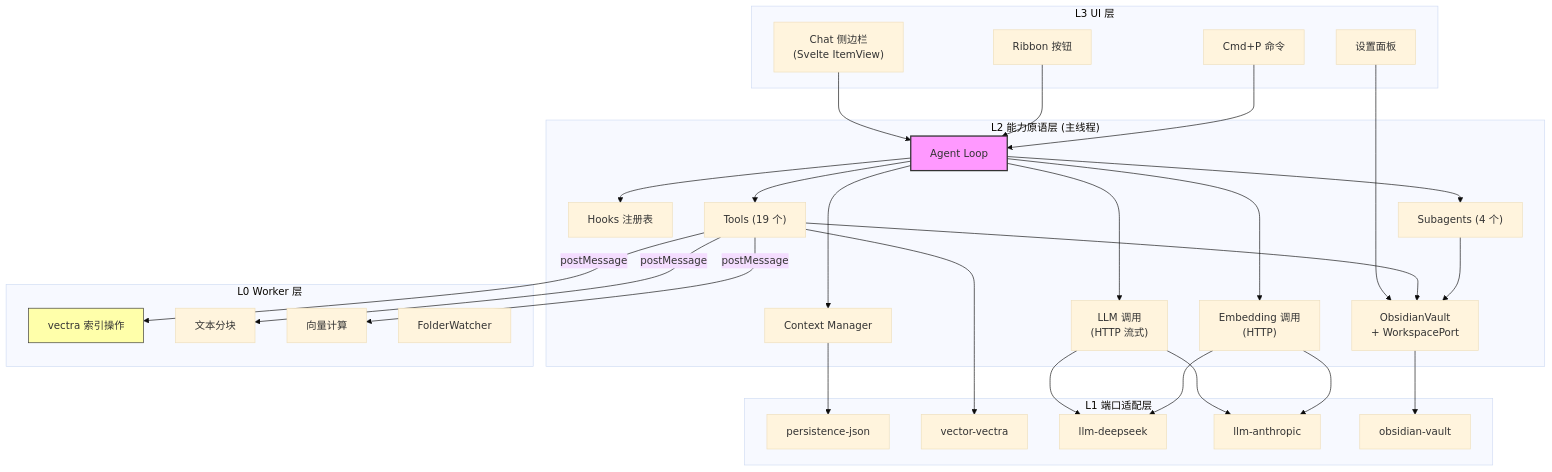
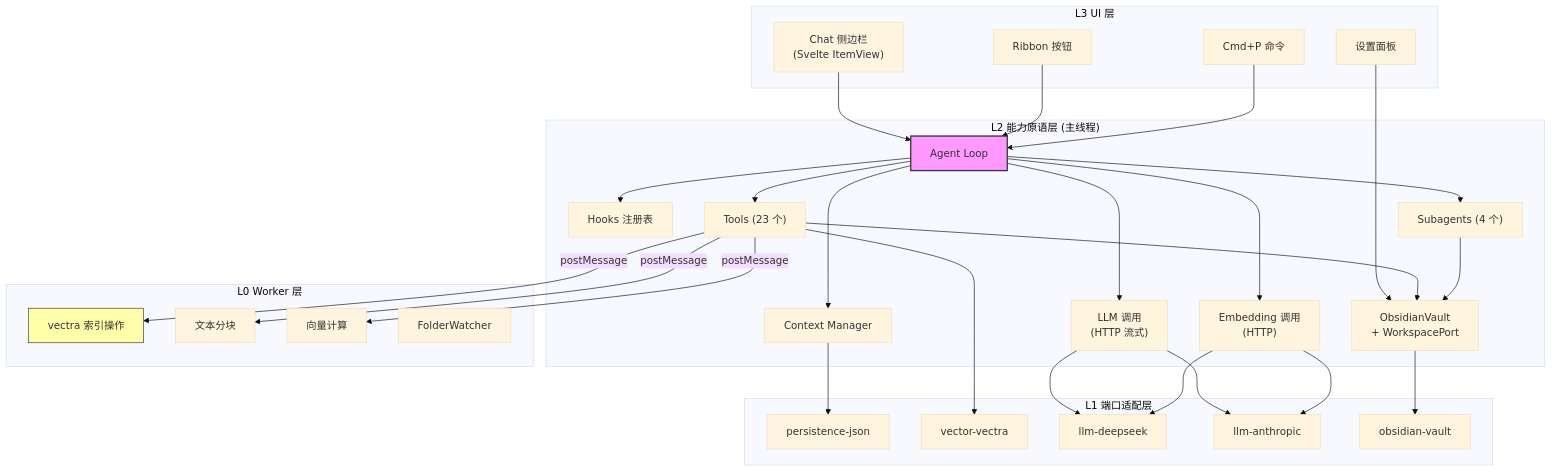
Before and after one commit to golddream-y/obsidian-ratel: the second of 12 diagrams in docs/ARCHITECTURE.md, drawn with Mermaid (base theme). The commit also changed other lines of this file and 27 other files, not shown here.

First line of the commit message:
feat(graph): Phase A 图谱读工具与检索结构信号

````diff
--- a/docs/ARCHITECTURE.md
+++ b/docs/ARCHITECTURE.md
@@ -76,64 +76,64 @@
 ```mermaid
 graph TB
     subgraph "L3 UI 层"
         L3A["Chat 侧边栏<br/>(Svelte ItemView)"]
         L3B["Ribbon 按钮"]
         L3C["Cmd+P 命令"]
         L3D["设置面板"]
     end
 
     subgraph "L2 能力原语层 (主线程)"
         L2A["Agent Loop"]
         L2B["Context Manager"]
         L2C["Hooks 注册表"]
-        L2D["Tools (19 个)"]
+        L2D["Tools (23 个)"]
         L2E["Subagents (4 个)"]
         L2F["LLM 调用<br/>(HTTP 流式)"]
         L2G["Embedding 调用<br/>(HTTP)"]
         L2H["ObsidianVault<br/>+ WorkspacePort"]
     end
 
     subgraph "L1 端口适配层"
         L1A["persistence-json"]
         L1B["vector-vectra"]
         L1C["llm-deepseek"]
         L1D["llm-anthropic"]
         L1E["obsidian-vault"]
     end
 
     subgraph "L0 Worker 层"
         L0A["vectra 索引操作"]
         L0B["文本分块"]
         L0C["向量计算"]
         L0D["FolderWatcher"]
     end
 
     L3A --> L2A
     L3B --> L2A
     L3C --> L2A
     L3D --> L2H
 
     L2A --> L2B
     L2A --> L2C
     L2A --> L2D
     L2A --> L2E
     L2A --> L2F
     L2A --> L2G
     L2D --> L2H
     L2E --> L2H
 
     L2F --> L1C
     L2F --> L1D
     L2G --> L1C
     L2G --> L1D
     L2H --> L1E
     L2B --> L1A
     L2D --> L1B
 
     L2D -->|"postMessage"| L0A
     L2D -->|"postMessage"| L0B
     L2D -->|"postMessage"| L0C
 
     style L2A fill:#f9f,stroke:#333,stroke-width:2px
     style L0A fill:#ffa,stroke:#333
 ```
````
